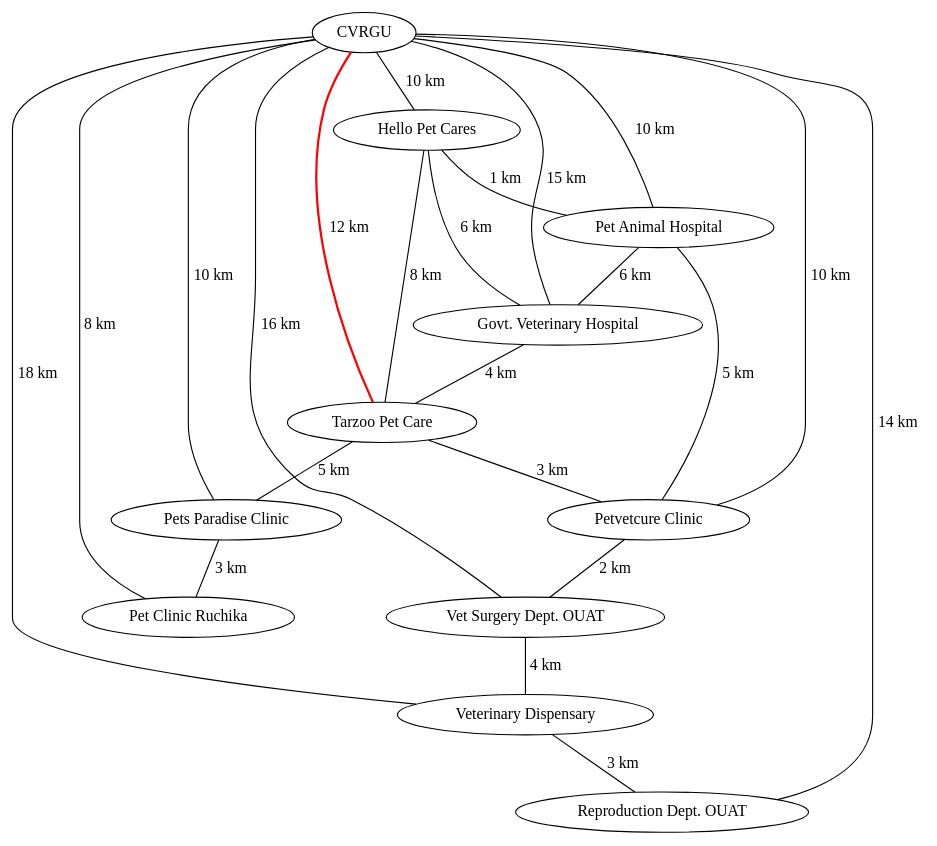
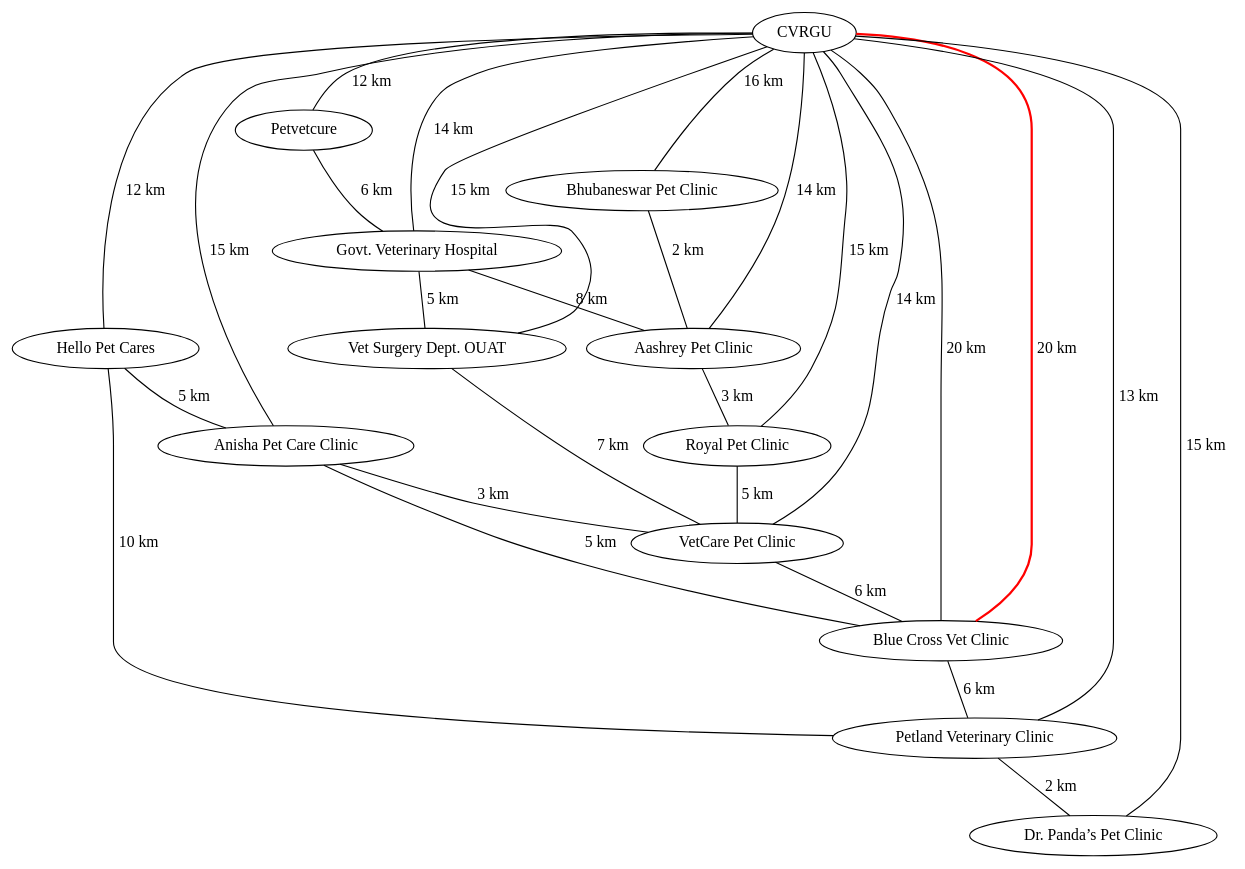
One commit to Cyphershadow24ar/Projects changed the diagram in Veterinary Hospital Management/graph.dot. Above: the diagram before and after it, drawn with Graphviz.

```diff
--- a/Veterinary Hospital Management/graph.dot
+++ b/Veterinary Hospital Management/graph.dot
@@ -1,35 +1,42 @@
 graph G {
     "CVRGU" [label="CVRGU"];
     "Hello Pet Cares" [label="Hello Pet Cares"];
-    "Pet Animal Hospital" [label="Pet Animal Hospital"];
+    "Anisha Pet Care Clinic" [label="Anisha Pet Care Clinic"];
+    "Petvetcure" [label="Petvetcure"];
     "Govt. Veterinary Hospital" [label="Govt. Veterinary Hospital"];
-    "Tarzoo Pet Care" [label="Tarzoo Pet Care"];
-    "Petvetcure Clinic" [label="Petvetcure Clinic"];
     "Vet Surgery Dept. OUAT" [label="Vet Surgery Dept. OUAT"];
-    "Veterinary Dispensary" [label="Veterinary Dispensary"];
-    "Pets Paradise Clinic" [label="Pets Paradise Clinic"];
-    "Pet Clinic Ruchika" [label="Pet Clinic Ruchika"];
-    "Reproduction Dept. OUAT" [label="Reproduction Dept. OUAT"];
-    "CVRGU" -- "Hello Pet Cares" [label="10 km"];
-    "CVRGU" -- "Pet Animal Hospital" [label="10 km"];
-    "CVRGU" -- "Govt. Veterinary Hospital" [label="15 km"];
-    "CVRGU" -- "Tarzoo Pet Care" [color=red, penwidth=2.0, label="12 km"];
-    "CVRGU" -- "Petvetcure Clinic" [label="10 km"];
-    "CVRGU" -- "Vet Surgery Dept. OUAT" [label="16 km"];
-    "CVRGU" -- "Veterinary Dispensary" [label="18 km"];
-    "CVRGU" -- "Pets Paradise Clinic" [label="10 km"];
-    "CVRGU" -- "Pet Clinic Ruchika" [label="8 km"];
-    "CVRGU" -- "Reproduction Dept. OUAT" [label="14 km"];
-    "Hello Pet Cares" -- "Pet Animal Hospital" [label="1 km"];
-    "Hello Pet Cares" -- "Govt. Veterinary Hospital" [label="6 km"];
-    "Hello Pet Cares" -- "Tarzoo Pet Care" [label="8 km"];
-    "Pet Animal Hospital" -- "Govt. Veterinary Hospital" [label="6 km"];
-    "Pet Animal Hospital" -- "Petvetcure Clinic" [label="5 km"];
-    "Govt. Veterinary Hospital" -- "Tarzoo Pet Care" [label="4 km"];
-    "Tarzoo Pet Care" -- "Petvetcure Clinic" [label="3 km"];
-    "Tarzoo Pet Care" -- "Pets Paradise Clinic" [label="5 km"];
-    "Petvetcure Clinic" -- "Vet Surgery Dept. OUAT" [label="2 km"];
-    "Vet Surgery Dept. OUAT" -- "Veterinary Dispensary" [label="4 km"];
-    "Veterinary Dispensary" -- "Reproduction Dept. OUAT" [label="3 km"];
-    "Pets Paradise Clinic" -- "Pet Clinic Ruchika" [label="3 km"];
+    "Bhubaneswar Pet Clinic" [label="Bhubaneswar Pet Clinic"];
+    "Aashrey Pet Clinic" [label="Aashrey Pet Clinic"];
+    "Royal Pet Clinic" [label="Royal Pet Clinic"];
+    "VetCare Pet Clinic" [label="VetCare Pet Clinic"];
+    "Blue Cross Vet Clinic" [label="Blue Cross Vet Clinic"];
+    "Petland Veterinary Clinic" [label="Petland Veterinary Clinic"];
+    "Dr. Panda’s Pet Clinic" [label="Dr. Panda’s Pet Clinic"];
+    "CVRGU" -- "Hello Pet Cares" [label="12 km"];
+    "CVRGU" -- "Anisha Pet Care Clinic" [label="15 km"];
+    "CVRGU" -- "Petvetcure" [label="12 km"];
+    "CVRGU" -- "Govt. Veterinary Hospital" [label="14 km"];
+    "CVRGU" -- "Vet Surgery Dept. OUAT" [label="15 km"];
+    "CVRGU" -- "Bhubaneswar Pet Clinic" [label="16 km"];
+    "CVRGU" -- "Aashrey Pet Clinic" [label="14 km"];
+    "CVRGU" -- "Royal Pet Clinic" [label="15 km"];
+    "CVRGU" -- "VetCare Pet Clinic" [label="14 km"];
+    "CVRGU" -- "Blue Cross Vet Clinic" [label="20 km"];
+    "CVRGU" -- "Petland Veterinary Clinic" [label="13 km"];
+    "CVRGU" -- "Dr. Panda’s Pet Clinic" [label="15 km"];
+    "Hello Pet Cares" -- "Anisha Pet Care Clinic" [label="5 km"];
+    "Hello Pet Cares" -- "Petland Veterinary Clinic" [label="10 km"];
+    "Anisha Pet Care Clinic" -- "VetCare Pet Clinic" [label="3 km"];
+    "Anisha Pet Care Clinic" -- "Blue Cross Vet Clinic" [label="5 km"];
+    "Petvetcure" -- "Govt. Veterinary Hospital" [label="6 km"];
+    "Govt. Veterinary Hospital" -- "Vet Surgery Dept. OUAT" [label="5 km"];
+    "Govt. Veterinary Hospital" -- "Aashrey Pet Clinic" [label="8 km"];
+    "Vet Surgery Dept. OUAT" -- "VetCare Pet Clinic" [label="7 km"];
+    "Bhubaneswar Pet Clinic" -- "Aashrey Pet Clinic" [label="2 km"];
+    "Aashrey Pet Clinic" -- "Royal Pet Clinic" [label="3 km"];
+    "Royal Pet Clinic" -- "VetCare Pet Clinic" [label="5 km"];
+    "VetCare Pet Clinic" -- "Blue Cross Vet Clinic" [label="6 km"];
+    "Blue Cross Vet Clinic" -- "Petland Veterinary Clinic" [label="6 km"];
+    "Petland Veterinary Clinic" -- "Dr. Panda’s Pet Clinic" [label="2 km"];
+    "CVRGU" -- "Blue Cross Vet Clinic" [color=red, penwidth=2.0, label="20 km"];
 }
```
